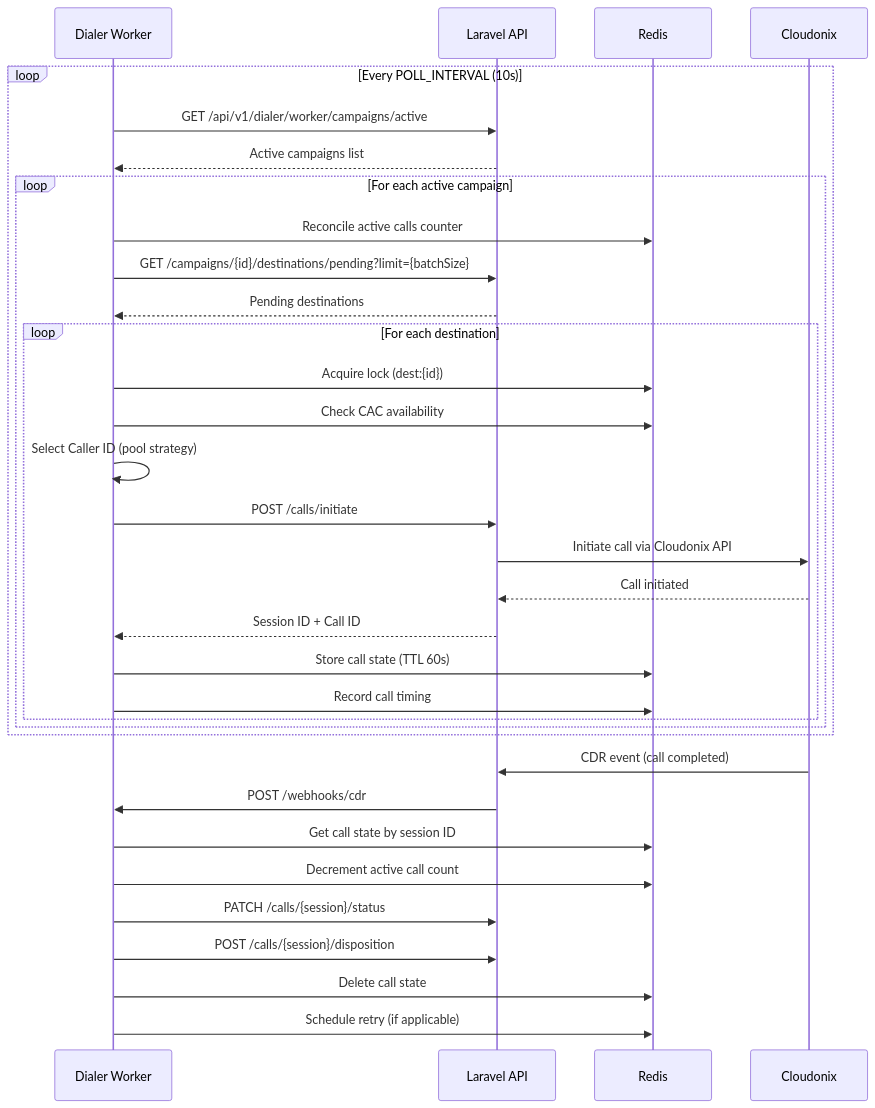
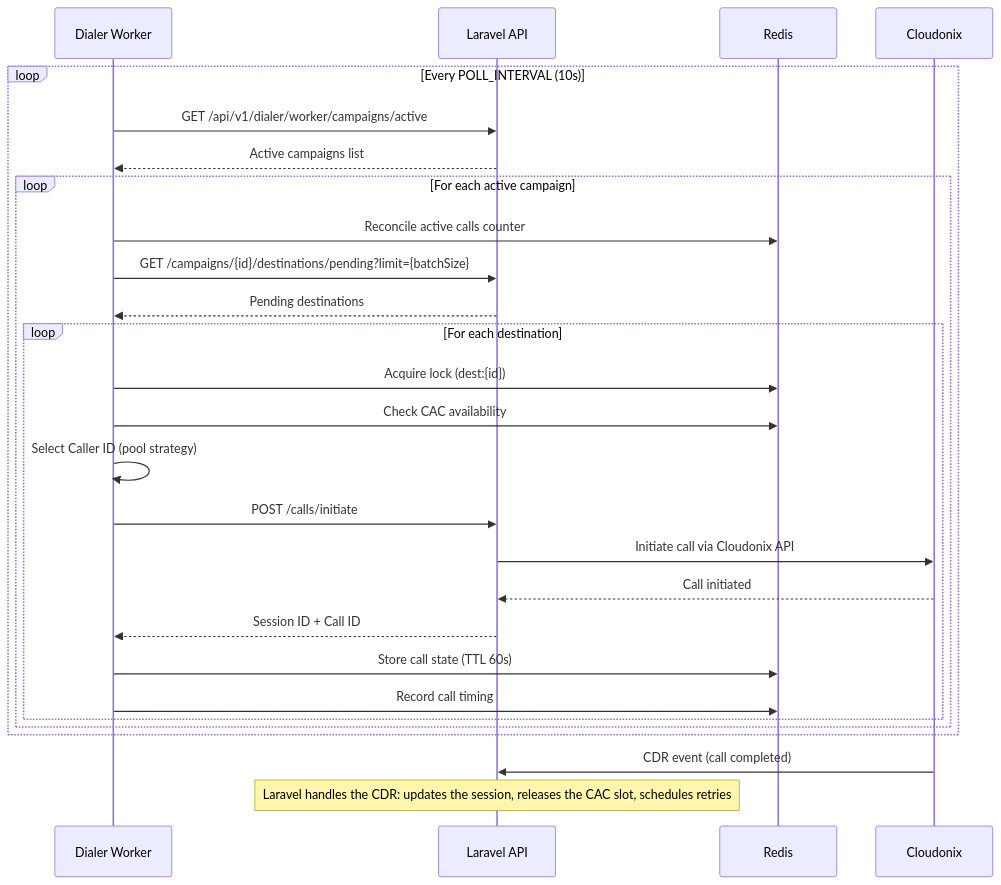
One commit to greenfieldtech-nirs/opbx changed the second of 2 diagrams in dialer-worker/README.md. Above: the diagram before and after it, drawn with Mermaid. The commit also changed other lines of this file and 12 other files, not shown here.

First line of the commit message:
fix(dialer): Laravel-owned retry timing; back off on 429

````diff
--- a/dialer-worker/README.md
+++ b/dialer-worker/README.md
@@ -205,39 +193,33 @@
 ```mermaid
 sequenceDiagram
     participant W as Dialer Worker
     participant L as Laravel API
     participant R as Redis
     participant C as Cloudonix
 
     loop Every POLL_INTERVAL (10s)
         W->>L: GET /api/v1/dialer/worker/campaigns/active
         L-->>W: Active campaigns list
 
         loop For each active campaign
             W->>R: Reconcile active calls counter
             W->>L: GET /campaigns/{id}/destinations/pending?limit={batchSize}
             L-->>W: Pending destinations
 
             loop For each destination
                 W->>R: Acquire lock (dest:{id})
                 W->>R: Check CAC availability
                 W->>W: Select Caller ID (pool strategy)
                 W->>L: POST /calls/initiate
                 L->>C: Initiate call via Cloudonix API
                 C-->>L: Call initiated
                 L-->>W: Session ID + Call ID
                 W->>R: Store call state (TTL 60s)
                 W->>R: Record call timing
             end
         end
     end
 
     C->>L: CDR event (call completed)
-    L->>W: POST /webhooks/cdr
-    W->>R: Get call state by session ID
-    W->>R: Decrement active call count
-    W->>L: PATCH /calls/{session}/status
-    W->>L: POST /calls/{session}/disposition
-    W->>R: Delete call state
-    W->>R: Schedule retry (if applicable)
+    Note over L: Laravel handles the CDR: updates the session, releases the CAC slot, schedules retries
 ```
````
